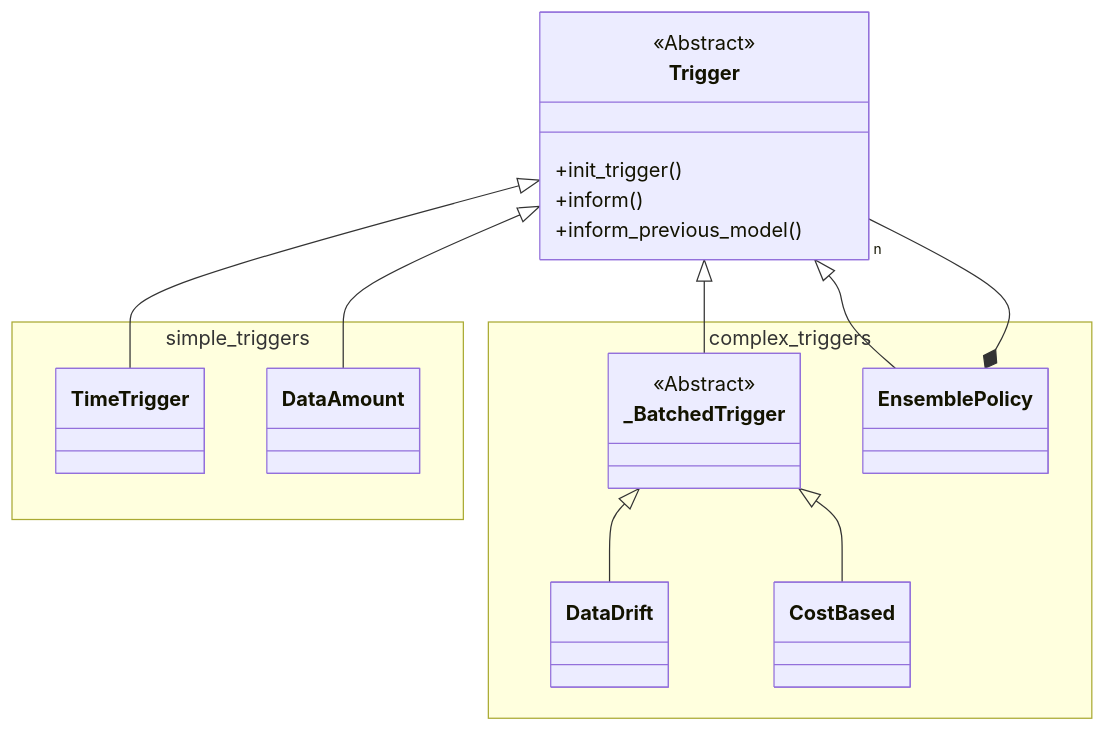
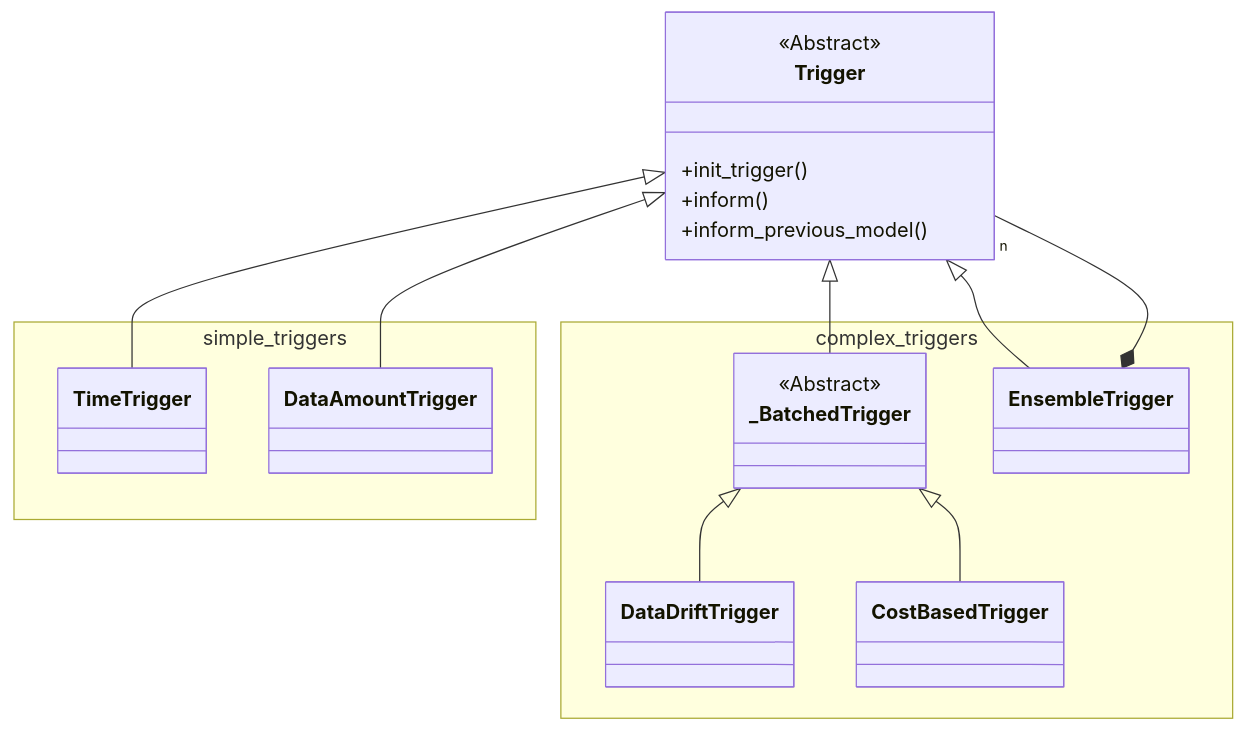
One commit to eth-easl/modyn changed the diagram in docs/pipeline/TRIGGERING.md. Above: the diagram before and after it, drawn with Mermaid. The commit also changed 24 other files, not shown here.

````diff
--- a/docs/pipeline/TRIGGERING.md
+++ b/docs/pipeline/TRIGGERING.md
@@ -14,47 +14,47 @@
 ```mermaid
 classDiagram
     class Trigger {
         <<Abstract>>
         +init_trigger()
         +inform()
         +inform_previous_model()
     }
 
     namespace simple_triggers {
 
         class TimeTrigger {
         }
 
-        class DataAmount {
+        class DataAmountTrigger {
         }
 
     }
 
     namespace complex_triggers {
 
-        class DataDrift {
+        class DataDriftTrigger {
         }
 
-        class CostBased {
+        class CostBasedTrigger {
         }
 
         class _BatchedTrigger {
             <<Abstract>>
         }
 
-        class EnsemblePolicy {
+        class EnsembleTrigger {
         }
 
     }
 
     Trigger <|-- _BatchedTrigger
-    Trigger <|-- EnsemblePolicy
+    Trigger <|-- EnsembleTrigger
 
     Trigger <|-- TimeTrigger
-    Trigger <|-- DataAmount
+    Trigger <|-- DataAmountTrigger
     
-    _BatchedTrigger <|-- DataDrift
-    _BatchedTrigger <|-- CostBased
+    _BatchedTrigger <|-- DataDriftTrigger
+    _BatchedTrigger <|-- CostBasedTrigger
 
-    EnsemblePolicy *-- "n" Trigger
+    EnsembleTrigger *-- "n" Trigger
 ```
````
